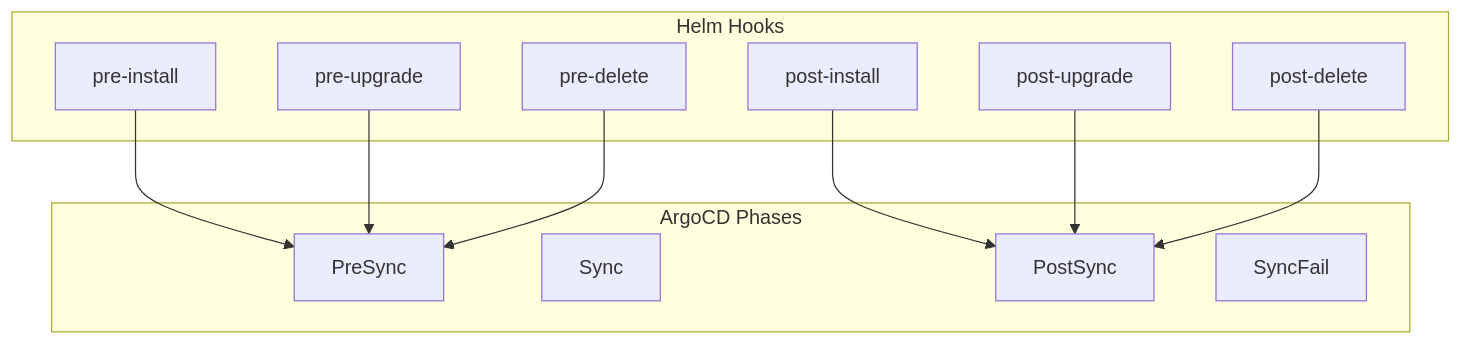
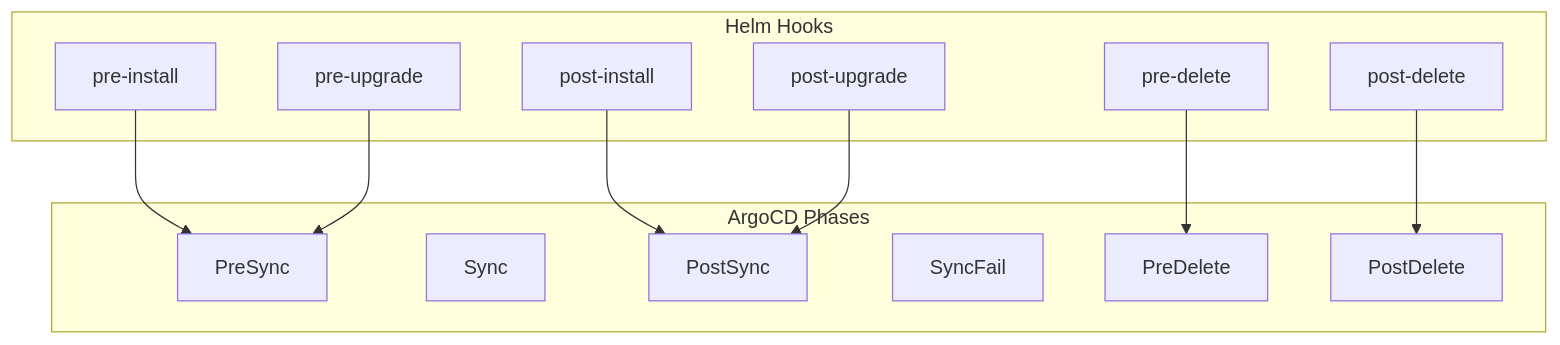
Before and after one commit to OneUptime/blog: the fourth of 6 diagrams in posts/2026-02-02-argocd-helm/README.md, drawn with Mermaid. The commit also changed other lines of this file and 2 other files, not shown here.

````diff
--- a/posts/2026-02-02-argocd-helm/README.md
+++ b/posts/2026-02-02-argocd-helm/README.md
@@ -577,25 +575,27 @@
 ```mermaid
 flowchart TD
     subgraph "Helm Hooks"
         A[pre-install]
         B[post-install]
         C[pre-upgrade]
         D[post-upgrade]
         E[pre-delete]
         F[post-delete]
     end
 
     subgraph "ArgoCD Phases"
         G[PreSync]
         H[Sync]
         I[PostSync]
         J[SyncFail]
+        K[PreDelete]
+        L[PostDelete]
     end
 
     A --> G
     B --> I
     C --> G
     D --> I
-    E --> G
-    F --> I
+    E --> K
+    F --> L
 ```
````
